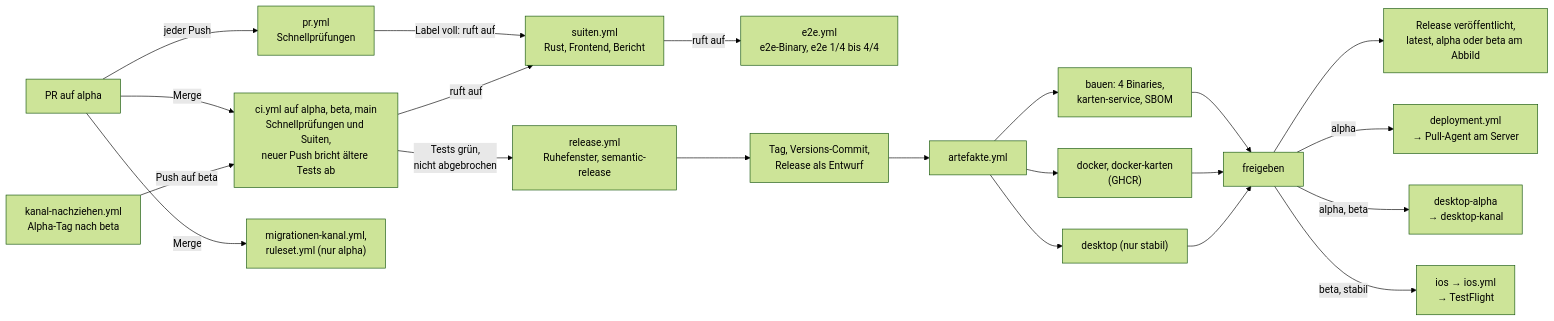
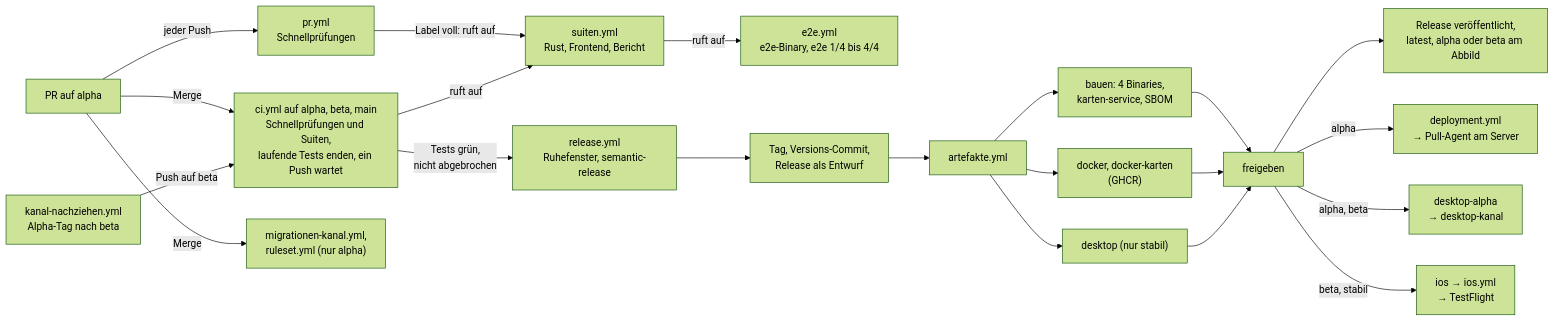
The second of 2 diagrams in docs/architektur/07-verteilungssicht.md (rubenvitt/lifeline-hub), drawn with Mermaid (forest theme) before and after one commit. The commit also changed other lines of this file and 5 other files, not shown here.

````diff
--- a/docs/architektur/07-verteilungssicht.md
+++ b/docs/architektur/07-verteilungssicht.md
@@ -155,23 +155,23 @@
 ```mermaid
 flowchart LR
   PR["PR auf alpha"] -->|jeder Push| CIPR["pr.yml<br/>Schnellprüfungen"]
-  PR -->|Merge| CI["ci.yml auf alpha, beta, main<br/>Schnellprüfungen und Suiten,<br/>neuer Push bricht ältere Tests ab"]
+  PR -->|Merge| CI["ci.yml auf alpha, beta, main<br/>Schnellprüfungen und Suiten,<br/>laufende Tests enden, ein Push wartet"]
   PR -->|Merge| KAN["migrationen-kanal.yml,<br/>ruleset.yml (nur alpha)"]
   CIPR -->|"Label voll: ruft auf"| SU["suiten.yml<br/>Rust, Frontend, Bericht"]
   CI -->|ruft auf| SU
   SU -->|ruft auf| E2E["e2e.yml<br/>e2e-Binary, e2e 1/4 bis 4/4"]
   CI -->|"Tests grün,<br/>nicht abgebrochen"| REL["release.yml<br/>Ruhefenster, semantic-release"]
   REL --> TAG["Tag, Versions-Commit,<br/>Release als Entwurf"]
   TAG --> ART["artefakte.yml"]
   ART --> B["bauen: 4 Binaries,<br/>karten-service, SBOM"]
   ART --> D["docker, docker-karten<br/>(GHCR)"]
   ART --> DS["desktop (nur stabil)"]
   NZ["kanal-nachziehen.yml<br/>Alpha-Tag nach beta"] -->|Push auf beta| CI
   B --> F["freigeben"]
   D --> F
   DS --> F
   F --> PUB["Release veröffentlicht,<br/>latest, alpha oder beta am Abbild"]
   F -->|alpha| DEP["deployment.yml<br/>→ Pull-Agent am Server"]
   F -->|alpha, beta| DA["desktop-alpha<br/>→ desktop-kanal"]
   F -->|beta, stabil| IOSJ["ios → ios.yml<br/>→ TestFlight"]
 ```
````
